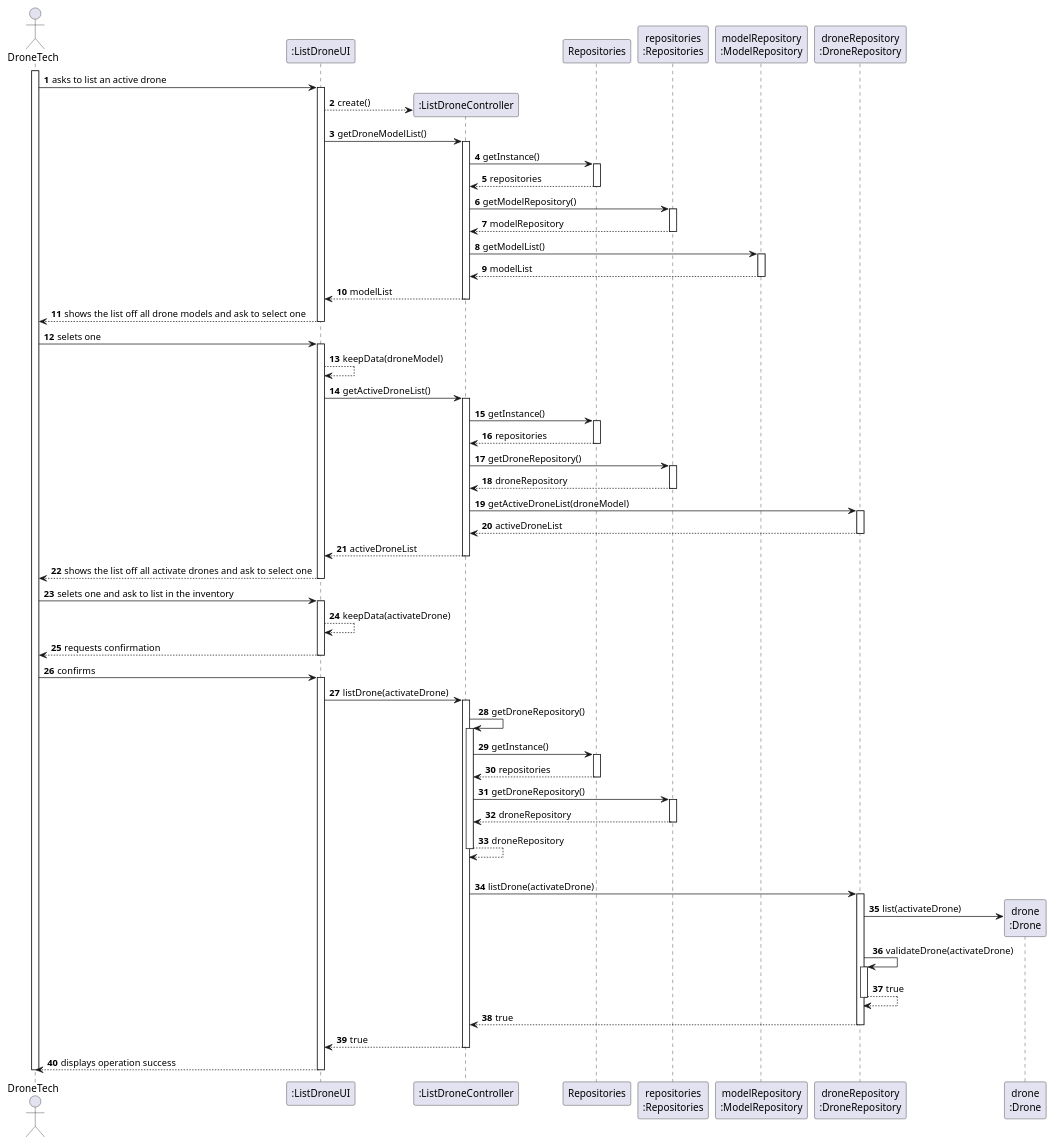
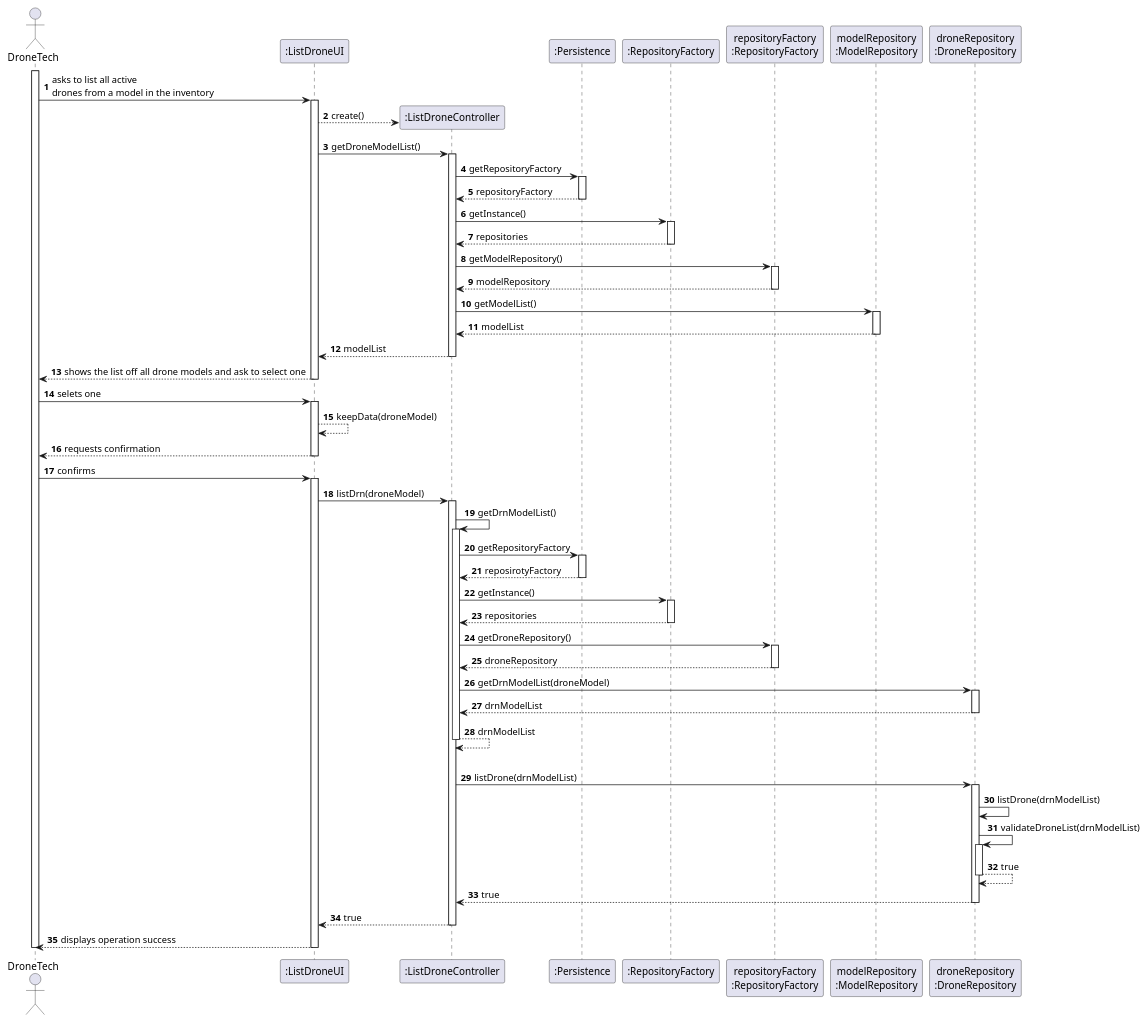
One commit to diogoveirospro/sem4pi-2024-2025-sem4pi_2024_2025_g44 changed the diagram in docs/SPRINT_2/US243/puml/sequence_diagram_us243.puml. Above: the diagram before and after it, drawn with PlantUML. The commit also changed 2 other files, not shown here.

```diff
--- a/docs/SPRINT_2/US243/puml/sequence_diagram_us243.puml
+++ b/docs/SPRINT_2/US243/puml/sequence_diagram_us243.puml
@@ -1,118 +1,105 @@
 @startuml
 'skinparam monochrome true
 skinparam packageStyle rectangle
 skinparam shadowing false
 
 autonumber
 
 'hide footbox
 actor "DroneTech" as EDT
 participant ":ListDroneUI" as UI
 participant ":ListDroneController" as CTRL
-participant "Repositories" as REPOS
-participant "repositories\n:Repositories" as REPOS_SINGLETON
+participant ":Persistence" as PERS
+participant ":RepositoryFactory" as REPOS
+participant "repositoryFactory\n:RepositoryFactory" as REPOS_SINGLETON
 participant "modelRepository\n:ModelRepository" as MOD_REPO
 participant "droneRepository\n:DroneRepository" as DRN_REPO
-participant "drone\n:Drone" as DRONE
 
 activate EDT
 
-        EDT -> UI : asks to list an active drone
+        EDT -> UI : asks to list all active \ndrones from a model in the inventory
         activate UI
             UI --> CTRL** : create()
 
             UI -> CTRL : getDroneModelList()
                         activate CTRL
+                            CTRL -> PERS : getRepositoryFactory
+                            activate PERS
+                            PERS --> CTRL : repositoryFactory
+                            deactivate PERS
                             CTRL -> REPOS : getInstance()
                             activate REPOS
                                 REPOS --> CTRL: repositories
                             deactivate REPOS
 
                             CTRL -> REPOS_SINGLETON : getModelRepository()
                             activate REPOS_SINGLETON
                                 REPOS_SINGLETON --> CTRL: modelRepository
                             deactivate REPOS_SINGLETON
 
                             CTRL -> MOD_REPO : getModelList()
                             activate MOD_REPO
                                 MOD_REPO --> CTRL : modelList
                             deactivate MOD_REPO
                             CTRL --> UI : modelList
                         deactivate CTRL
                    UI --> EDT : shows the list off all drone models and ask to select one
                            deactivate UI
                      EDT -> UI : selets one
                         activate UI
             UI --> UI : keepData(droneModel)
-            UI -> CTRL : getActiveDroneList()
-            activate CTRL
-                CTRL -> REPOS : getInstance()
-                activate REPOS
-                    REPOS --> CTRL: repositories
-                deactivate REPOS
-
-                CTRL -> REPOS_SINGLETON : getDroneRepository()
-                activate REPOS_SINGLETON
-                    REPOS_SINGLETON --> CTRL: droneRepository
-                deactivate REPOS_SINGLETON
-
-                CTRL -> DRN_REPO : getActiveDroneList(droneModel)
-                activate DRN_REPO
-                    DRN_REPO --> CTRL : activeDroneList
-                deactivate DRN_REPO
-                CTRL --> UI : activeDroneList
-            deactivate CTRL
-
-            UI --> EDT : shows the list off all activate drones and ask to select one
-        deactivate UI
 
 
 
-    EDT -> UI : selets one and ask to list in the inventory
-    activate UI
-    UI --> UI : keepData(activateDrone)
     UI --> EDT : requests confirmation
     deactivate UI
     EDT -> UI : confirms
     activate UI
-        UI -> CTRL : listDrone(activateDrone)
+        UI -> CTRL : listDrn(droneModel)
         activate CTRL
-             CTRL -> CTRL: getDroneRepository()
+             CTRL -> CTRL: getDrnModelList()
                                     activate CTRL
-
+                                        CTRL -> PERS : getRepositoryFactory
+                                                                    activate PERS
+                                                                    PERS --> CTRL : reposirotyFactory
+                                                                    deactivate PERS
                                         CTRL -> REPOS: getInstance()
                                         activate REPOS
 
                                                REPOS --> CTRL: repositories
 
                                         deactivate REPOS
 
                                         CTRL -> REPOS_SINGLETON: getDroneRepository()
                                         activate REPOS_SINGLETON
 
                                                REPOS_SINGLETON --> CTRL: droneRepository
                                         deactivate REPOS_SINGLETON
-                                    CTRL --> CTRL: droneRepository
+                                                        CTRL -> DRN_REPO: getDrnModelList(droneModel)
+                                                        activate DRN_REPO
+                                                        DRN_REPO --> CTRL: drnModelList
+                                                        deactivate DRN_REPO
+                                    CTRL --> CTRL: drnModelList
 
                                     |||
                                                                         deactivate CTRL
 
-                                    CTRL -> DRN_REPO : listDrone(activateDrone)
+                                    CTRL -> DRN_REPO : listDrone(drnModelList)
             activate DRN_REPO
-                DRN_REPO -> DRONE **: list(activateDrone)
-                    DRN_REPO -> DRN_REPO: validateDrone(activateDrone)
+                DRN_REPO -> DRN_REPO: listDrone(drnModelList)
+                    DRN_REPO -> DRN_REPO: validateDroneList(drnModelList)
                     activate DRN_REPO
                         DRN_REPO --> DRN_REPO : true
                     deactivate DRN_REPO
 
                 DRN_REPO --> CTRL : true
             deactivate DRN_REPO
 
             CTRL --> UI: true
             deactivate CTRL
             UI --> EDT: displays operation success
     deactivate UI
 
 deactivate EDT
 
 @enduml
```
